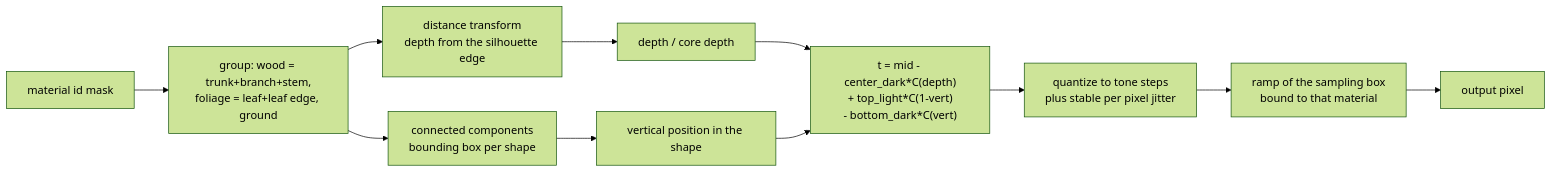
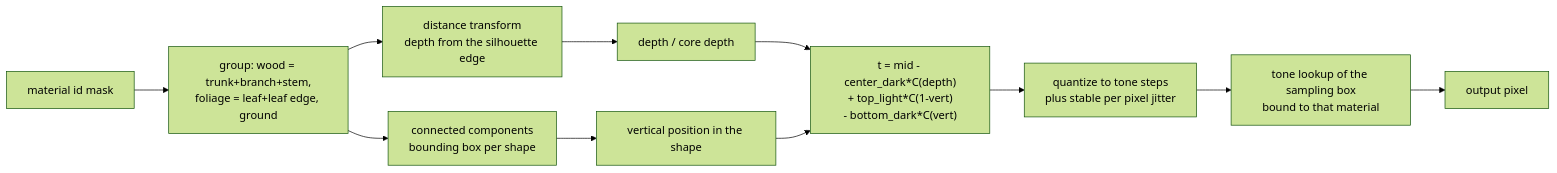
Before and after one commit to tmpk13/grow: the seventh of 34 diagrams in ARCHITECTURE.md, drawn with Mermaid (forest theme). The commit also changed other lines of this file and 25 other files, not shown here.

````diff
--- a/ARCHITECTURE.md
+++ b/ARCHITECTURE.md
@@ -440,13 +475,13 @@
 ```mermaid
 flowchart LR
   mask["material id mask"] --> group["group: wood = trunk+branch+stem,<br/>foliage = leaf+leaf edge, ground"]
   group --> dt["distance transform<br/>depth from the silhouette edge"]
   group --> cc["connected components<br/>bounding box per shape"]
   dt --> nd["depth / core depth"]
   cc --> vert["vertical position in the shape"]
   nd --> curve["t = mid - center_dark*C(depth)<br/>+ top_light*C(1-vert)<br/>- bottom_dark*C(vert)"]
   vert --> curve
   curve --> q["quantize to tone steps<br/>plus stable per pixel jitter"]
-  q --> ramp["ramp of the sampling box<br/>bound to that material"]
+  q --> ramp["tone lookup of the sampling box<br/>bound to that material"]
   ramp --> px["output pixel"]
 ```
````
